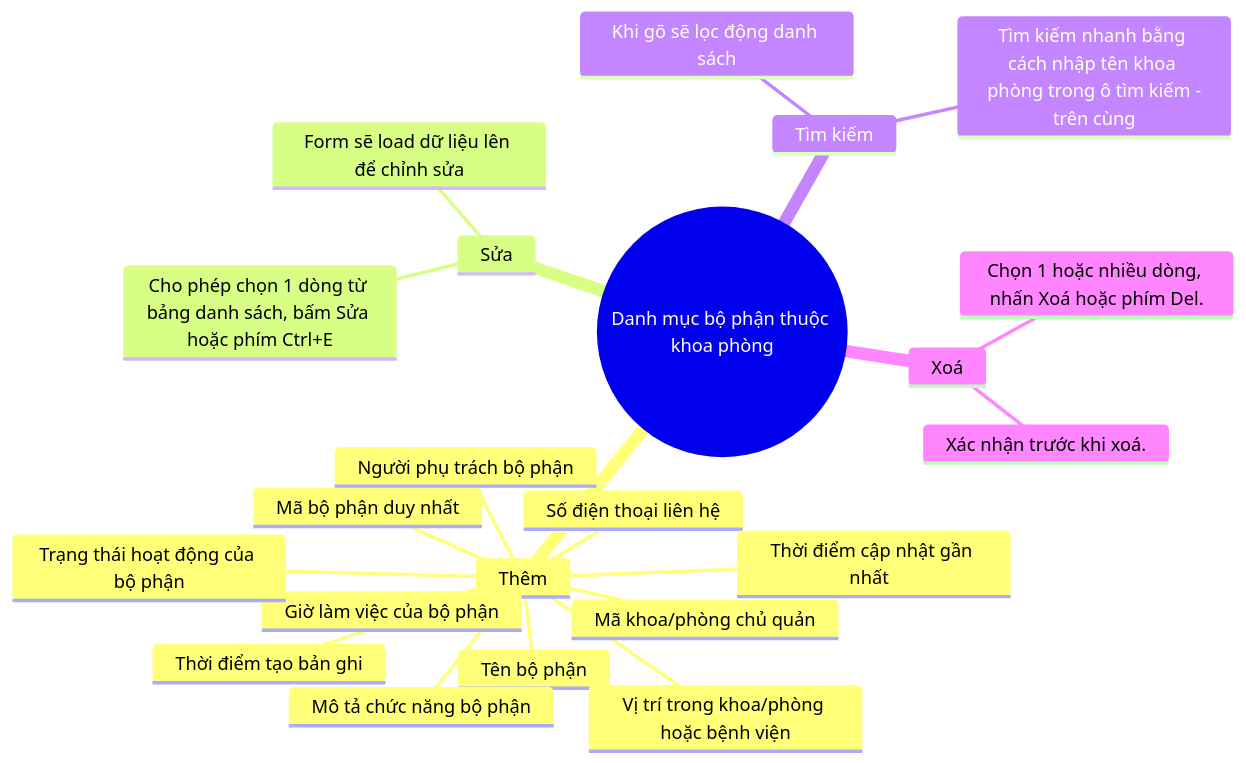
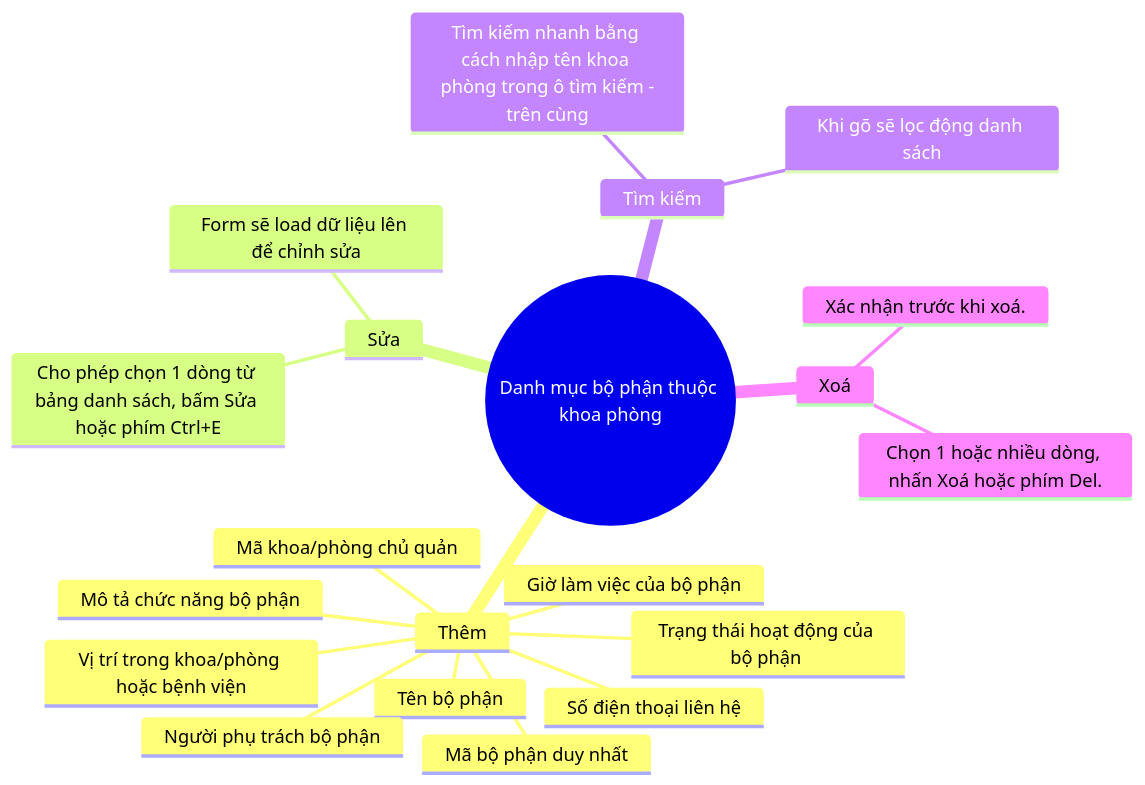
One commit to nthanhdo/mems-brainstorm changed the diagram in mindmap-bophan.md. Above: the diagram before and after it, drawn with Mermaid.

````diff
--- a/mindmap-bophan.md
+++ b/mindmap-bophan.md
@@ -1,28 +1,26 @@
 ```mermaid
 mindmap
   root((Danh mục bộ phận thuộc khoa phòng))
      
         Thêm
           Mã bộ phận duy nhất
           Tên bộ phận
           Mã khoa/phòng chủ quản
           Mô tả chức năng bộ phận
           Người phụ trách bộ phận
           Số điện thoại liên hệ
           Vị trí trong khoa/phòng hoặc bệnh viện
           Giờ làm việc của bộ phận
-          Trạng thái hoạt động của bộ phận
-          Thời điểm tạo bản ghi
-          Thời điểm cập nhật gần nhất  
+          Trạng thái hoạt động của bộ phận 
         Sửa
           Cho phép chọn 1 dòng từ bảng danh sách, bấm Sửa hoặc phím Ctrl+E
           Form sẽ load dữ liệu lên để chỉnh sửa
         Tìm kiếm
           Tìm kiếm nhanh bằng cách nhập tên khoa phòng trong ô tìm kiếm -trên cùng
           Khi gõ sẽ lọc động danh sách
         Xoá
           Chọn 1 hoặc nhiều dòng, nhấn Xoá hoặc phím Del.
           Xác nhận trước khi xoá.
    
 
 ```
````
